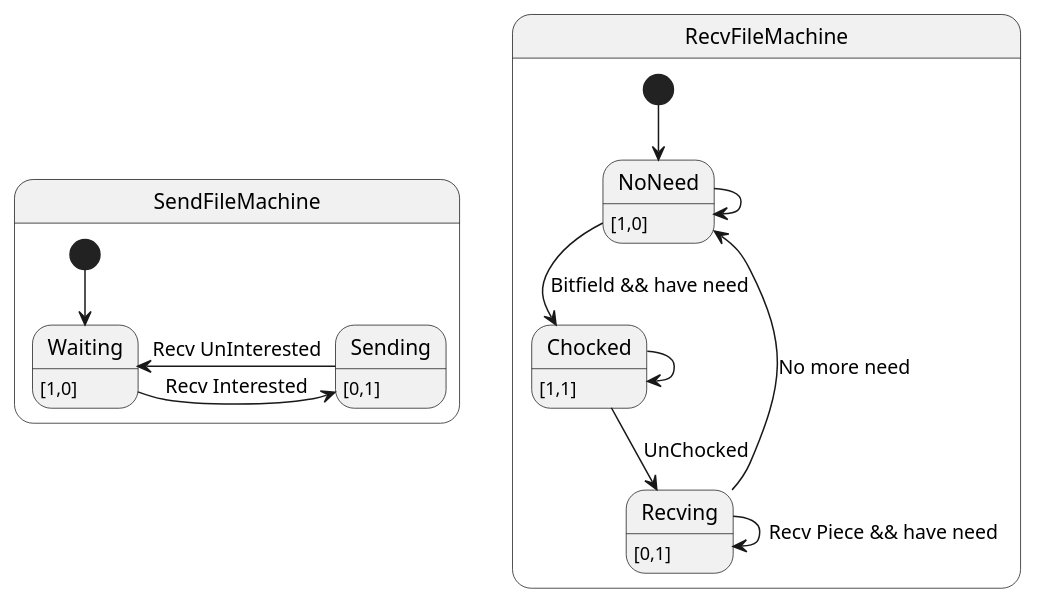
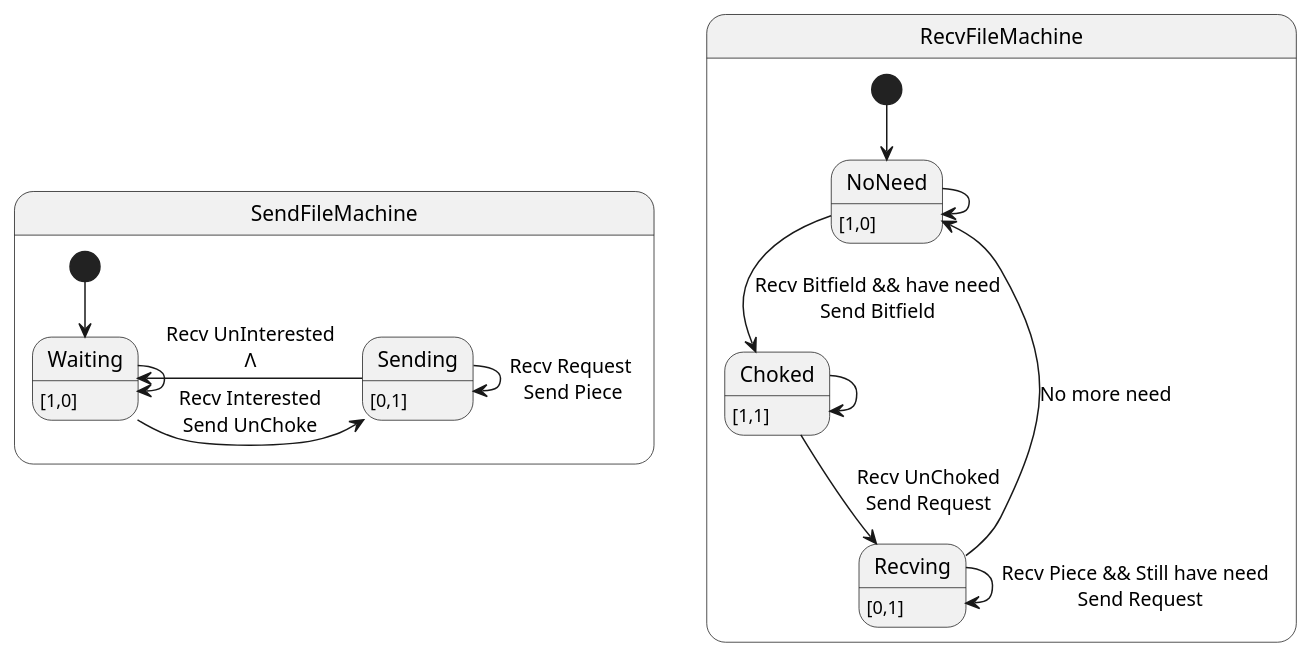
One commit to YanB25/p2p-demo changed the diagram in report/status.pu. Above: the diagram before and after it, drawn with PlantUML. The commit also changed 6 other files, not shown here.

```diff
--- a/report/status.pu
+++ b/report/status.pu
@@ -1,23 +1,25 @@
 @startuml status
 ' [*] --> SendFileMachine
 state SendFileMachine{
     [*] --> Waiting
+    Waiting -> Waiting
     Waiting: [1,0]
-    Waiting-> Sending: Recv Interested
+    Waiting-> Sending: Recv Interested\nSend UnChoke
     Sending: [0,1]
-    Sending-> Waiting: Recv UnInterested
+    Sending-> Waiting: Recv UnInterested\nΛ
+    Sending -> Sending: Recv Request\n Send Piece
 }
 state RecvFileMachine{
     [*] --> NoNeed
     NoNeed --> NoNeed
     NoNeed: [1,0]
-    NoNeed --> Chocked : Bitfield && have need
-    Chocked: [1,1]
-    Chocked --> Chocked
+    NoNeed --> Choked : Recv Bitfield && have need\nSend Bitfield
+    Choked: [1,1]
+    Choked --> Choked
     Recving: [0,1]
-    Chocked --> Recving : UnChocked
-    Recving --> Recving : Recv Piece && have need
+    Choked --> Recving : Recv UnChoked\nSend Request
+    Recving --> Recving : Recv Piece && Still have need \n Send Request
     Recving --> NoNeed : No more need
     
 }
 @enduml
```
